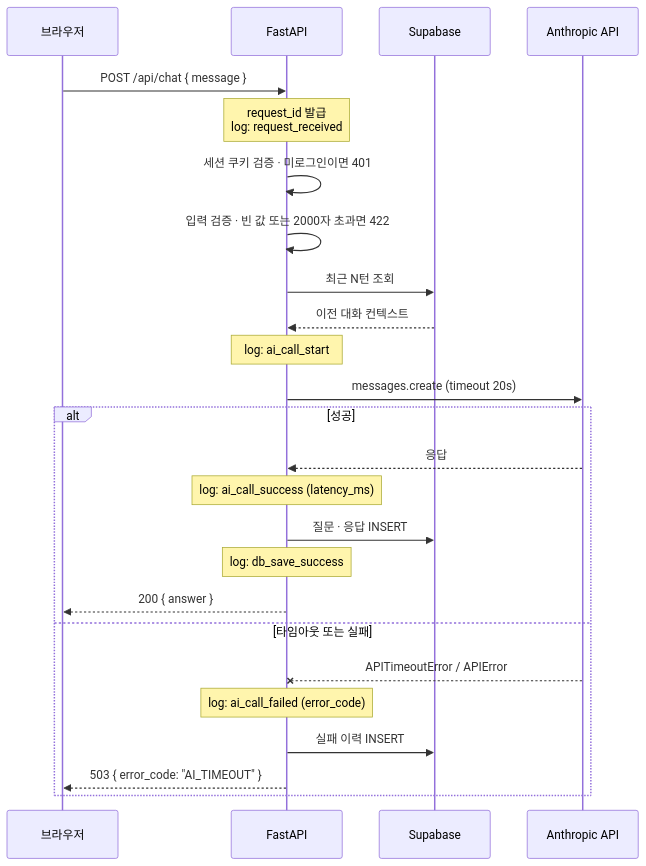
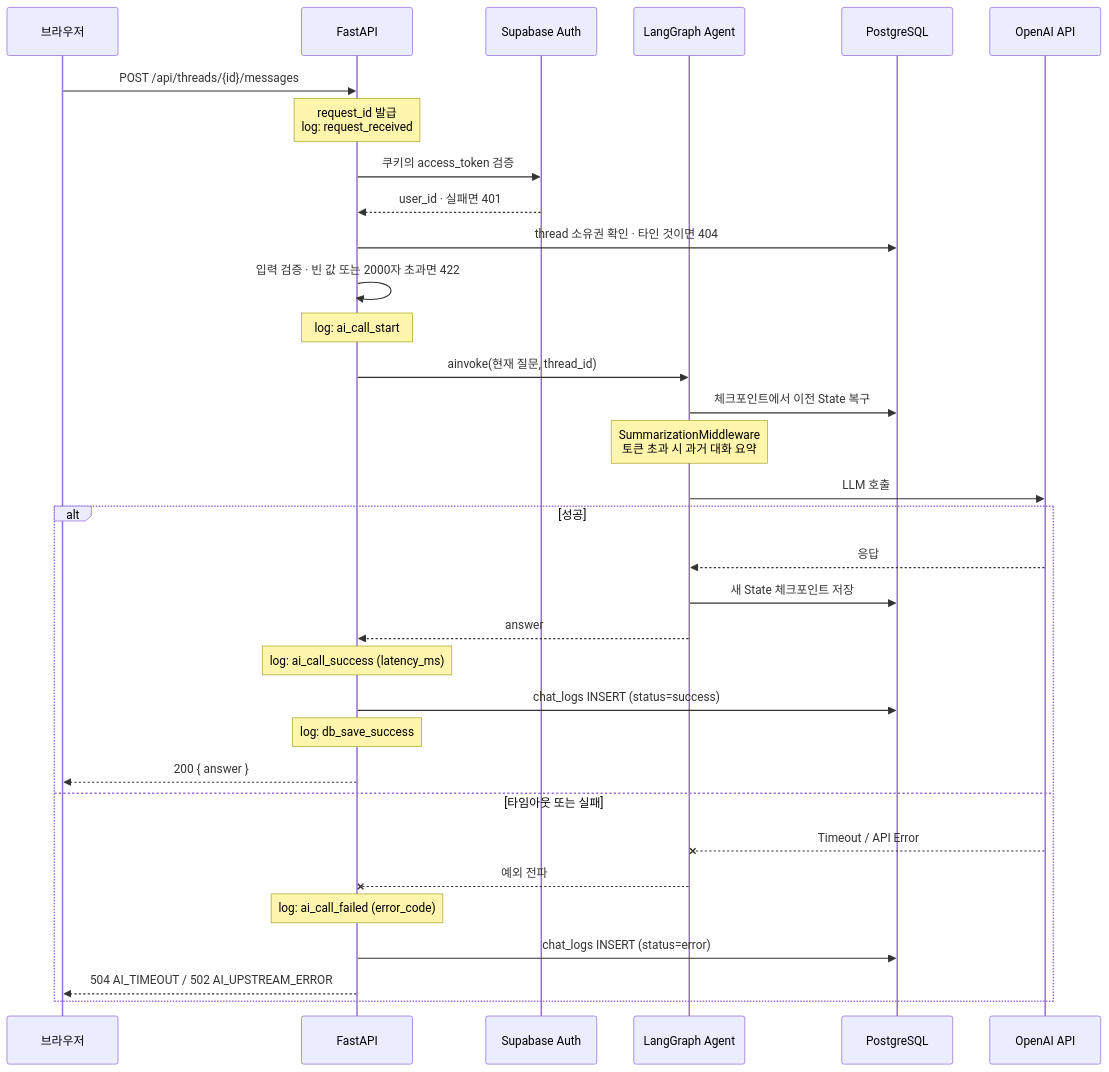
The diagram in docs/diagrams/03-request-flow.mmd (codyssey-ai/chatbot-api), drawn with Mermaid before and after one commit. The commit also changed 7 other files, not shown here.

First line of the commit message:
docs: 인증을 Supabase Auth 로 확정하고 문서 정합성 정리

```diff
--- a/docs/diagrams/03-request-flow.mmd
+++ b/docs/diagrams/03-request-flow.mmd
@@ -1,28 +1,36 @@
 sequenceDiagram
     participant B as 브라우저
     participant F as FastAPI
-    participant D as Supabase
-    participant A as Anthropic API
+    participant S as Supabase Auth
+    participant G as LangGraph Agent
+    participant D as PostgreSQL
+    participant A as OpenAI API
 
-    B->>F: POST /api/chat { message }
+    B->>F: POST /api/threads/{id}/messages
     Note over F: request_id 발급<br/>log: request_received
-    F->>F: 세션 쿠키 검증 · 미로그인이면 401
+    F->>S: 쿠키의 access_token 검증
+    S-->>F: user_id · 실패면 401
+    F->>D: thread 소유권 확인 · 타인 것이면 404
     F->>F: 입력 검증 · 빈 값 또는 2000자 초과면 422
-    F->>D: 최근 N턴 조회
-    D-->>F: 이전 대화 컨텍스트
 
     Note over F: log: ai_call_start
-    F->>A: messages.create (timeout 20s)
+    F->>G: ainvoke(현재 질문, thread_id)
+    G->>D: 체크포인트에서 이전 State 복구
+    Note over G: SummarizationMiddleware<br/>토큰 초과 시 과거 대화 요약
+    G->>A: LLM 호출
 
     alt 성공
-        A-->>F: 응답
+        A-->>G: 응답
+        G->>D: 새 State 체크포인트 저장
+        G-->>F: answer
         Note over F: log: ai_call_success (latency_ms)
-        F->>D: 질문 · 응답 INSERT
+        F->>D: chat_logs INSERT (status=success)
         Note over F: log: db_save_success
         F-->>B: 200 { answer }
     else 타임아웃 또는 실패
-        A--xF: APITimeoutError / APIError
+        A--xG: Timeout / API Error
+        G--xF: 예외 전파
         Note over F: log: ai_call_failed (error_code)
-        F->>D: 실패 이력 INSERT
-        F-->>B: 503 { error_code: "AI_TIMEOUT" }
+        F->>D: chat_logs INSERT (status=error)
+        F-->>B: 504 AI_TIMEOUT / 502 AI_UPSTREAM_ERROR
     end
```
